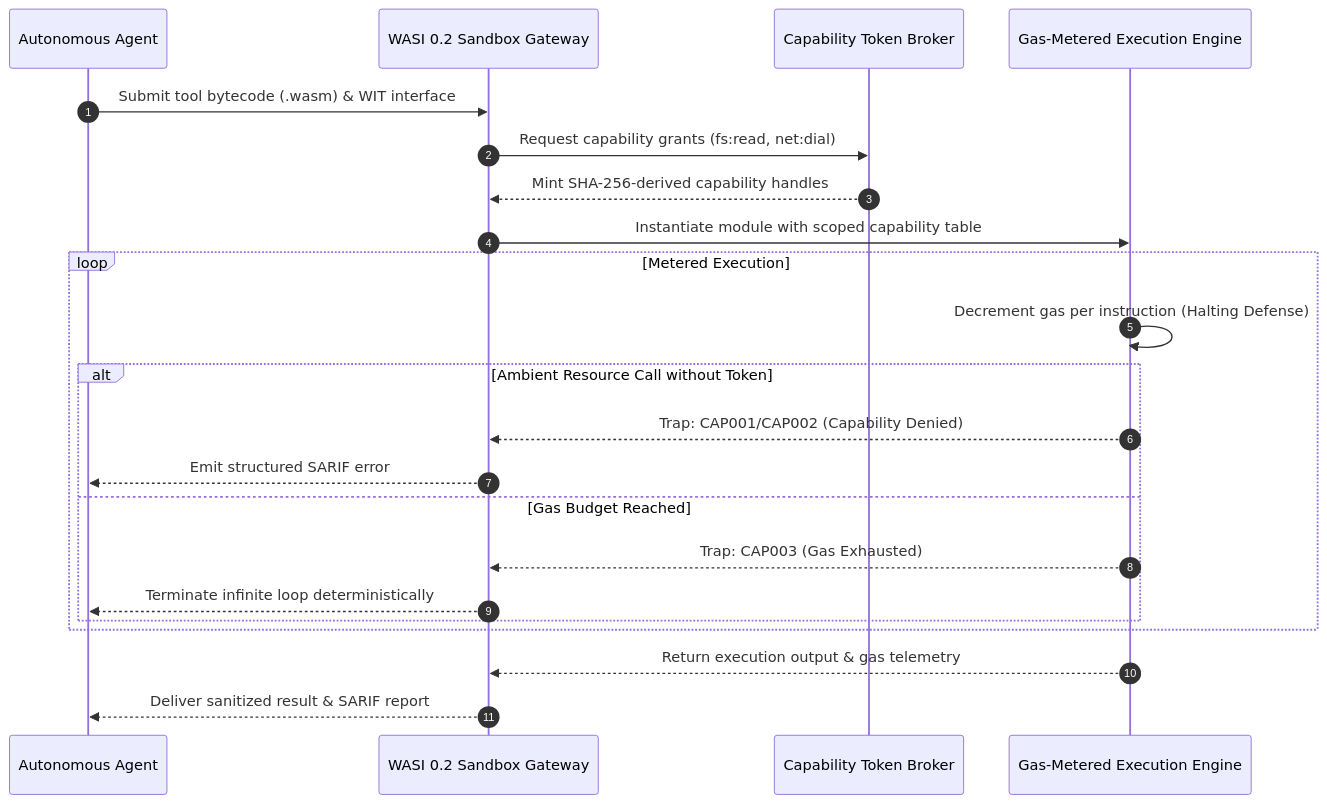
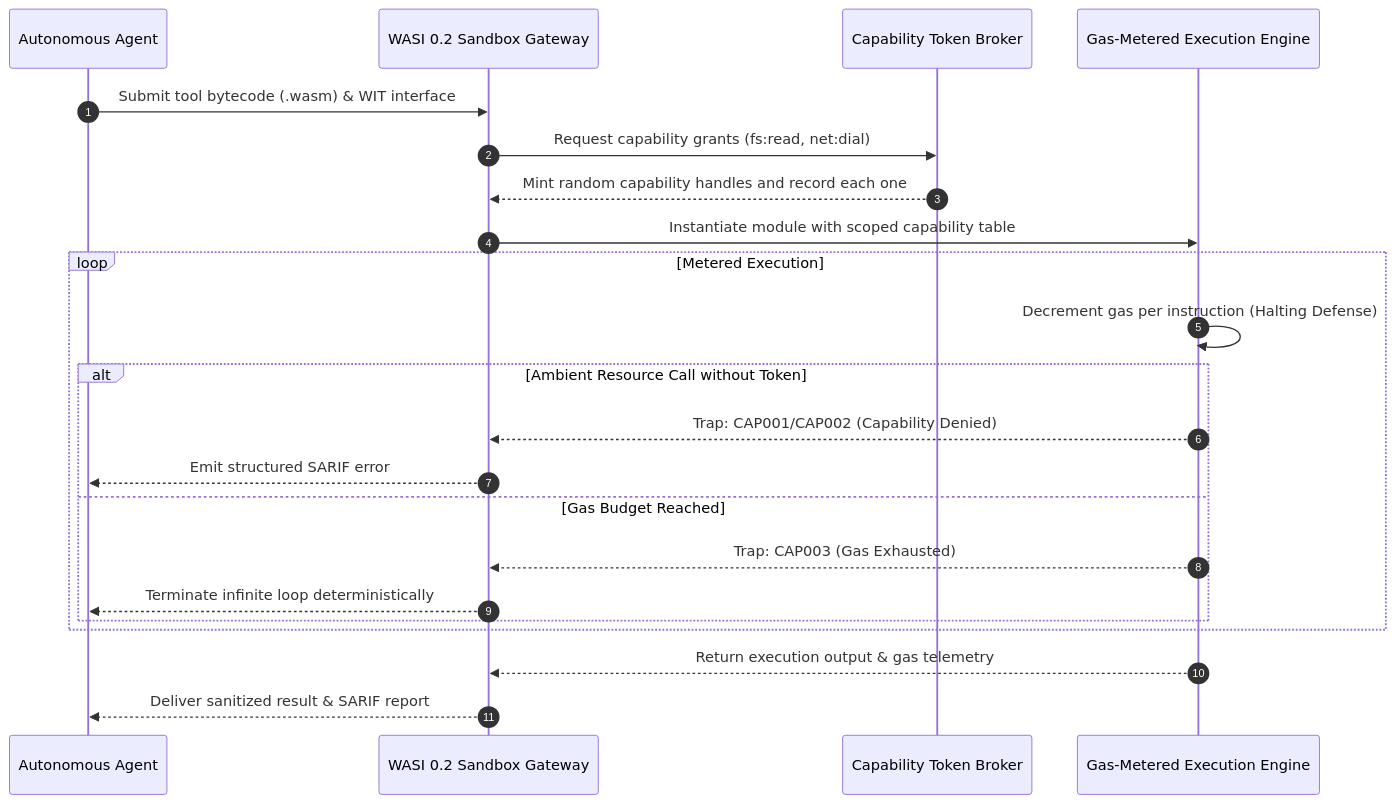
Before and after one commit to dan-petty/vibes: the diagram in examples/wasm-capability-sandbox/README.md, drawn with Mermaid. The commit also changed other lines of this file and 5 other files, not shown here.

First line of the commit message:
fix: Check capability handles in the Wasm capability sandbox (#201)

````diff
--- a/examples/wasm-capability-sandbox/README.md
+++ b/examples/wasm-capability-sandbox/README.md
@@ -27,25 +27,25 @@
 ```mermaid
 sequenceDiagram
     autonumber
     participant Agent as Autonomous Agent
     participant Gateway as WASI 0.2 Sandbox Gateway
     participant Broker as Capability Token Broker
     participant Engine as Gas-Metered Execution Engine
 
     Agent->>Gateway: Submit tool bytecode (.wasm) & WIT interface
     Gateway->>Broker: Request capability grants (fs:read, net:dial)
-    Broker-->>Gateway: Mint SHA-256-derived capability handles
+    Broker-->>Gateway: Mint random capability handles and record each one
     Gateway->>Engine: Instantiate module with scoped capability table
     loop Metered Execution
         Engine->>Engine: Decrement gas per instruction (Halting Defense)
         alt Ambient Resource Call without Token
             Engine-->>Gateway: Trap: CAP001/CAP002 (Capability Denied)
             Gateway-->>Agent: Emit structured SARIF error
         else Gas Budget Reached
             Engine-->>Gateway: Trap: CAP003 (Gas Exhausted)
             Gateway-->>Agent: Terminate infinite loop deterministically
         end
     end
     Engine-->>Gateway: Return execution output & gas telemetry
     Gateway-->>Agent: Deliver sanitized result & SARIF report
 ```
````
